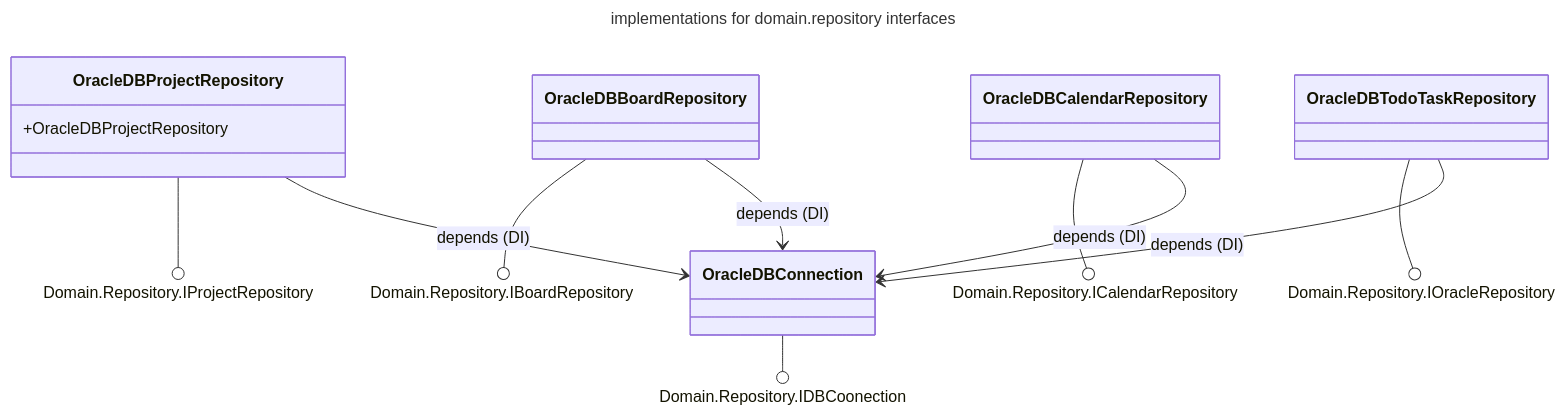
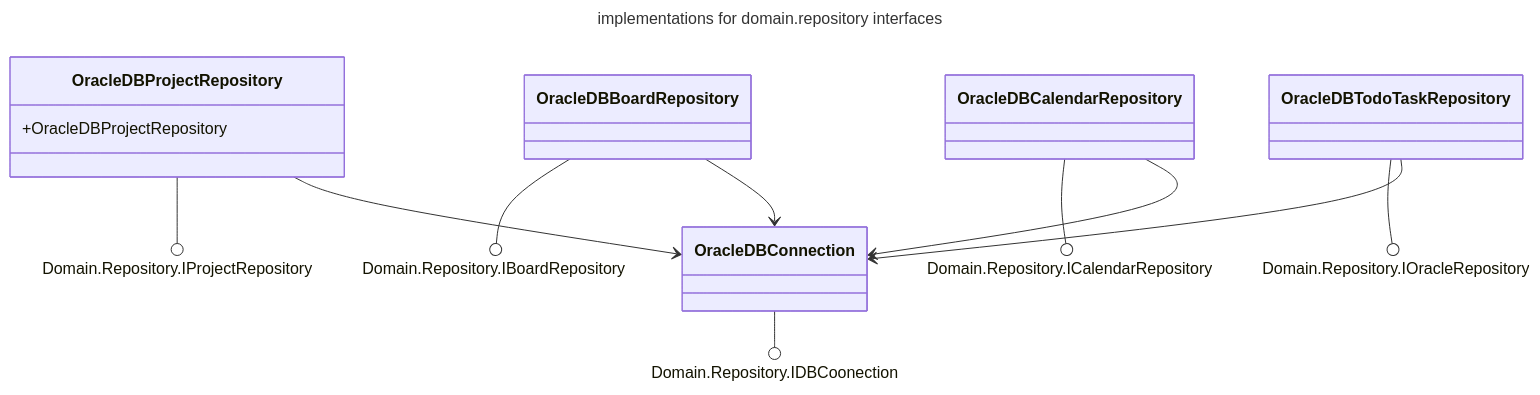
Before and after one commit to tadeas223/todo_list: the diagram in docs/uml/Data/Repository.md, drawn with Mermaid. The commit also changed 11 other files, not shown here.

````diff
--- a/docs/uml/Data/Repository.md
+++ b/docs/uml/Data/Repository.md
@@ -1,34 +1,34 @@
 ```mermaid
 ---
 title: implementations for domain.repository interfaces
 ---
 classDiagram
 direction TB
 
     class OracleDBConnection
 
     class OracleDBProjectRepository
     class OracleDBBoardRepository
     class OracleDBCalendarRepository
     class OracleDBTodoTaskRepository
     
     OracleDBConnection --() Domain.Repository.IDBCoonection
     OracleDBProjectRepository --() Domain.Repository.IProjectRepository
     OracleDBBoardRepository --() Domain.Repository.IBoardRepository
     OracleDBCalendarRepository --() Domain.Repository.ICalendarRepository
     OracleDBTodoTaskRepository --() Domain.Repository.IOracleRepository
     
-    OracleDBProjectRepository --> OracleDBConnection: depends (DI)
-    OracleDBBoardRepository --> OracleDBConnection: depends (DI)
-    OracleDBCalendarRepository --> OracleDBConnection: depends (DI)
-    OracleDBTodoTaskRepository --> OracleDBConnection: depends (DI)
+    OracleDBProjectRepository --> OracleDBConnection
+    OracleDBBoardRepository --> OracleDBConnection
+    OracleDBCalendarRepository --> OracleDBConnection
+    OracleDBTodoTaskRepository --> OracleDBConnection
 
     class OracleDBProjectRepository {
         +OracleDBProjectRepository
     }
 
     class OracleDBBoardRepository
     class OracleDBCalendarRepository
     class OracleDBTodoTaskRepository
 
 ```
````
